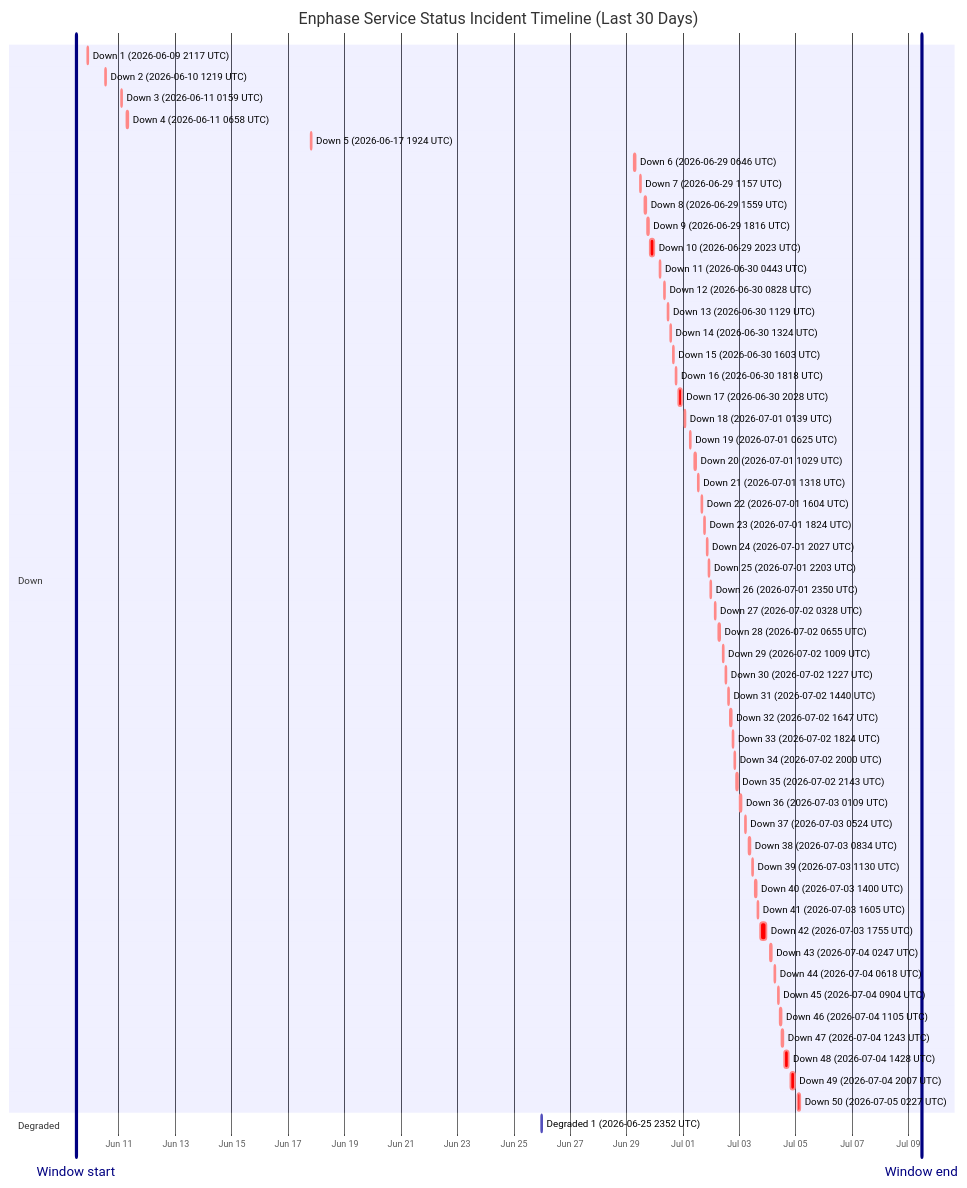
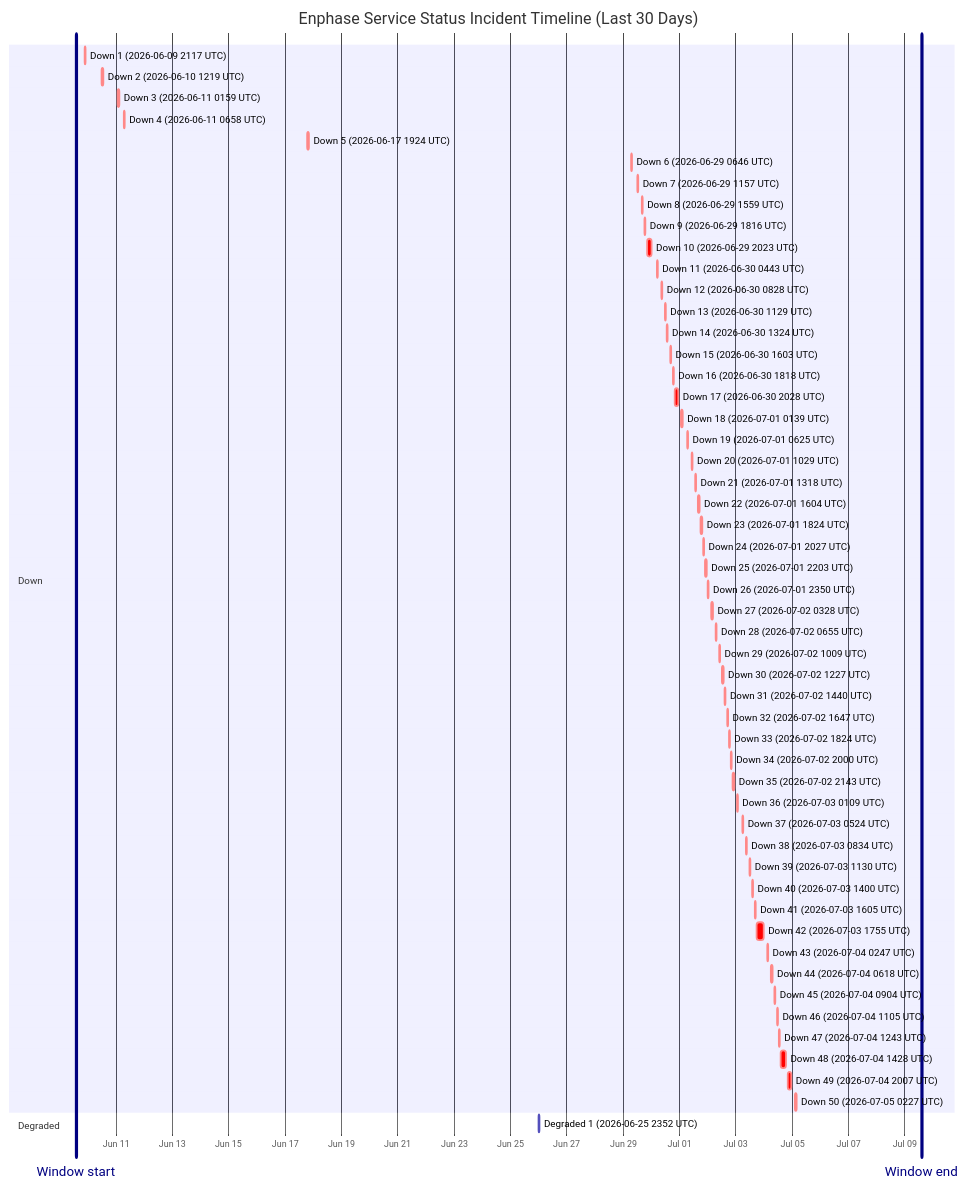
The diagram in wiki/Service-Status-History.md (barneyonline/ha-enphase-energy), drawn with Mermaid before and after one commit. The commit also changed other lines of this file and 3 other files, not shown here.

````diff
--- a/wiki/Service-Status-History.md
+++ b/wiki/Service-Status-History.md
@@ -14,61 +14,61 @@
 ```mermaid
 gantt
     title Enphase Service Status Incident Timeline (Last 30 Days)
     dateFormat  YYYY-MM-DDTHH:mm:ss
     axisFormat  %b %d
-    Window start :vert, window-start, 2026-06-09T11:25:52, 0ms
-    Window end :vert, window-end, 2026-07-09T11:25:52, 0ms
+    Window start :vert, window-start, 2026-06-09T14:04:24, 0ms
+    Window end :vert, window-end, 2026-07-09T14:04:24, 0ms
     section Down
     Down 1 (2026-06-09 2117 UTC) :crit, down-1, 2026-06-09T21:17:17, 60m
     Down 2 (2026-06-10 1219 UTC) :crit, down-2, 2026-06-10T12:19:21, 60m
     Down 3 (2026-06-11 0159 UTC) :crit, down-3, 2026-06-11T01:59:36, 60m
     Down 4 (2026-06-11 0658 UTC) :crit, down-4, 2026-06-11T06:58:45, 60m
     Down 5 (2026-06-17 1924 UTC) :crit, down-5, 2026-06-17T19:24:51, 60m
     Down 6 (2026-06-29 0646 UTC) :crit, down-6, 2026-06-29T06:46:18, 60m
     Down 7 (2026-06-29 1157 UTC) :crit, down-7, 2026-06-29T11:57:36, 60m
     Down 8 (2026-06-29 1559 UTC) :crit, down-8, 2026-06-29T15:59:02, 60m
     Down 9 (2026-06-29 1816 UTC) :crit, down-9, 2026-06-29T18:16:38, 60m
     Down 10 (2026-06-29 2023 UTC) :crit, down-10, 2026-06-29T20:23:16, 220m
     Down 11 (2026-06-30 0443 UTC) :crit, down-11, 2026-06-30T04:43:54, 60m
     Down 12 (2026-06-30 0828 UTC) :crit, down-12, 2026-06-30T08:28:43, 60m
     Down 13 (2026-06-30 1129 UTC) :crit, down-13, 2026-06-30T11:29:15, 60m
     Down 14 (2026-06-30 1324 UTC) :crit, down-14, 2026-06-30T13:24:25, 60m
     Down 15 (2026-06-30 1603 UTC) :crit, down-15, 2026-06-30T16:03:26, 60m
     Down 16 (2026-06-30 1818 UTC) :crit, down-16, 2026-06-30T18:18:39, 60m
     Down 17 (2026-06-30 2028 UTC) :crit, down-17, 2026-06-30T20:28:54, 171m
     Down 18 (2026-07-01 0139 UTC) :crit, down-18, 2026-07-01T01:39:18, 60m
     Down 19 (2026-07-01 0625 UTC) :crit, down-19, 2026-07-01T06:25:35, 60m
     Down 20 (2026-07-01 1029 UTC) :crit, down-20, 2026-07-01T10:29:24, 60m
     Down 21 (2026-07-01 1318 UTC) :crit, down-21, 2026-07-01T13:18:31, 60m
     Down 22 (2026-07-01 1604 UTC) :crit, down-22, 2026-07-01T16:04:29, 60m
     Down 23 (2026-07-01 1824 UTC) :crit, down-23, 2026-07-01T18:24:21, 60m
     Down 24 (2026-07-01 2027 UTC) :crit, down-24, 2026-07-01T20:27:17, 60m
     Down 25 (2026-07-01 2203 UTC) :crit, down-25, 2026-07-01T22:03:46, 60m
     Down 26 (2026-07-01 2350 UTC) :crit, down-26, 2026-07-01T23:50:52, 60m
     Down 27 (2026-07-02 0328 UTC) :crit, down-27, 2026-07-02T03:28:33, 60m
     Down 28 (2026-07-02 0655 UTC) :crit, down-28, 2026-07-02T06:55:07, 60m
     Down 29 (2026-07-02 1009 UTC) :crit, down-29, 2026-07-02T10:09:15, 60m
     Down 30 (2026-07-02 1227 UTC) :crit, down-30, 2026-07-02T12:27:49, 60m
     Down 31 (2026-07-02 1440 UTC) :crit, down-31, 2026-07-02T14:40:53, 60m
     Down 32 (2026-07-02 1647 UTC) :crit, down-32, 2026-07-02T16:47:47, 60m
     Down 33 (2026-07-02 1824 UTC) :crit, down-33, 2026-07-02T18:24:26, 60m
     Down 34 (2026-07-02 2000 UTC) :crit, down-34, 2026-07-02T20:00:57, 60m
     Down 35 (2026-07-02 2143 UTC) :crit, down-35, 2026-07-02T21:43:52, 80m
     Down 36 (2026-07-03 0109 UTC) :crit, down-36, 2026-07-03T01:09:19, 60m
     Down 37 (2026-07-03 0524 UTC) :crit, down-37, 2026-07-03T05:24:23, 60m
     Down 38 (2026-07-03 0834 UTC) :crit, down-38, 2026-07-03T08:34:05, 60m
     Down 39 (2026-07-03 1130 UTC) :crit, down-39, 2026-07-03T11:30:41, 60m
     Down 40 (2026-07-03 1400 UTC) :crit, down-40, 2026-07-03T14:00:48, 60m
     Down 41 (2026-07-03 1605 UTC) :crit, down-41, 2026-07-03T16:05:49, 60m
     Down 42 (2026-07-03 1755 UTC) :crit, down-42, 2026-07-03T17:55:54, 338m
     Down 43 (2026-07-04 0247 UTC) :crit, down-43, 2026-07-04T02:47:22, 60m
     Down 44 (2026-07-04 0618 UTC) :crit, down-44, 2026-07-04T06:18:09, 60m
     Down 45 (2026-07-04 0904 UTC) :crit, down-45, 2026-07-04T09:04:41, 60m
     Down 46 (2026-07-04 1105 UTC) :crit, down-46, 2026-07-04T11:05:21, 60m
     Down 47 (2026-07-04 1243 UTC) :crit, down-47, 2026-07-04T12:43:25, 60m
     Down 48 (2026-07-04 1428 UTC) :crit, down-48, 2026-07-04T14:28:07, 243m
     Down 49 (2026-07-04 2007 UTC) :crit, down-49, 2026-07-04T20:07:50, 206m
     Down 50 (2026-07-05 0227 UTC) :crit, down-50, 2026-07-05T02:27:32, 109m
     section Degraded
     Degraded 1 (2026-06-25 2352 UTC) :active, degraded-1, 2026-06-25T23:52:01, 60m
 ```
````
